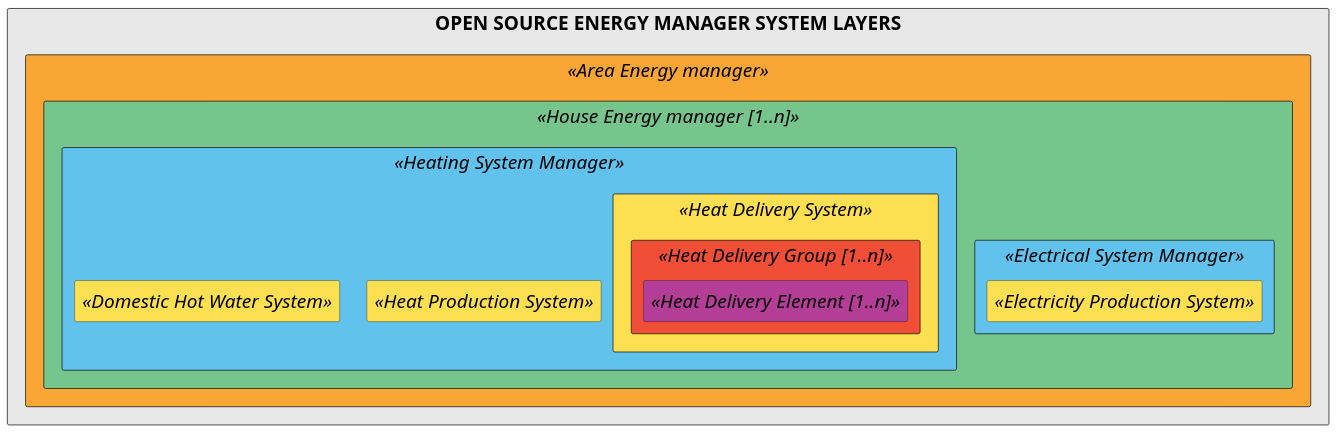
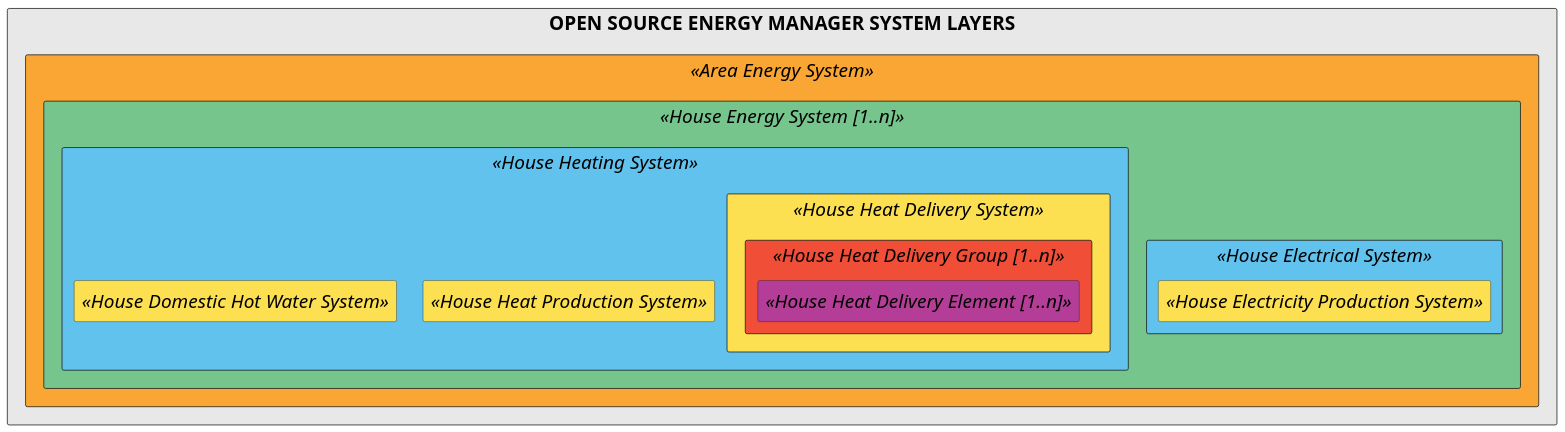
The diagram in ReferenceArchitecture/uml/20200623_system_layers_OSEM.puml (hancse/OSEM), drawn with PlantUML before and after one commit.

```diff
--- a/ReferenceArchitecture/uml/20200623_system_layers_OSEM.puml
+++ b/ReferenceArchitecture/uml/20200623_system_layers_OSEM.puml
@@ -1,47 +1,47 @@
 @startuml
 
 skinparam rectangle {
     BackgroundColor E8E8E8
     FontColor Black
     FontSize 25
     
-    BackgroundColor<<Area Energy Manager>> faa634
+    BackgroundColor<<Area Energy System>> faa634
 
-    BackgroundColor<<House Energy Manager [1..n]>> 76c58c
+    BackgroundColor<<House Energy System [1..n]>> 76c58c
 
-    BackgroundColor<<Heating System Manager>> 61c2ee
-    BackgroundColor<<Electrical System Manager>> 61c2ee
+    BackgroundColor<<House Heating System>> 61c2ee
+    BackgroundColor<<House Electrical System>> 61c2ee
 
-    BackgroundColor<<Domestic Hot Water System>> fde051
-    BackgroundColor<<Heat Production System>> fde051
-    BackgroundColor<<Heat Delivery System>> fde051
-    BackgroundColor<<Electricity Production System>> fde051
+    BackgroundColor<<House Domestic Hot Water System>> fde051
+    BackgroundColor<<House Heat Production System>> fde051
+    BackgroundColor<<House Heat Delivery System>> fde051
+    BackgroundColor<<House Electricity Production System>> fde051
     
-    BackgroundColor<<Heat Delivery Group [1..n]>> f04e37
-    BackgroundColor<<Heat Delivery Element [1..n]>> b43e97
+    BackgroundColor<<House Heat Delivery Group [1..n]>> f04e37
+    BackgroundColor<<House Heat Delivery Element [1..n]>> b43e97
 }
 
 rectangle "OPEN SOURCE ENERGY MANAGER SYSTEM LAYERS" {
-    rectangle <<Area Energy manager>> {
-        rectangle <<House Energy manager [1..n]>> {
-            rectangle <<Electrical System Manager>> {
-                rectangle <<Electricity Production System>> {
+    rectangle <<Area Energy System>> {
+        rectangle <<House Energy System [1..n]>> {
+            rectangle <<House Electrical System>> {
+                rectangle <<House Electricity Production System>> {
                 }
             }
-            rectangle <<Heating System Manager>> {
-                rectangle <<Heat Production System>> {
+            rectangle <<House Heating System>> {
+                rectangle <<House Heat Production System>> {
                 }
-                rectangle <<Heat Delivery System>> {
-                    rectangle <<Heat Delivery Group [1..n]>> {
-                        rectangle <<Heat Delivery Element [1..n]>> {
+                rectangle <<House Heat Delivery System>> {
+                    rectangle <<House Heat Delivery Group [1..n]>> {
+                        rectangle <<House Heat Delivery Element [1..n]>> {
                         }
                     }
                 }
-                rectangle <<Domestic Hot Water System>> {
+                rectangle <<House Domestic Hot Water System>> {
                 }
             }
         }
     }
 }
 
 @enduml
```
